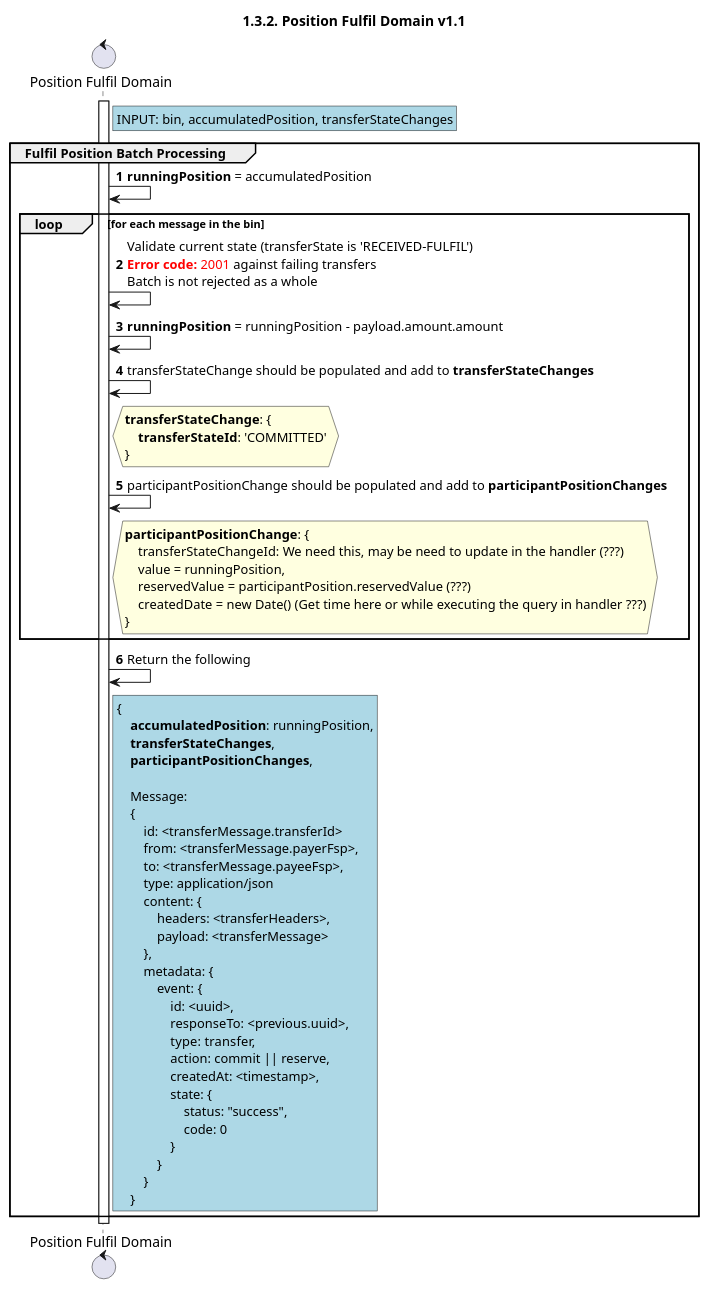
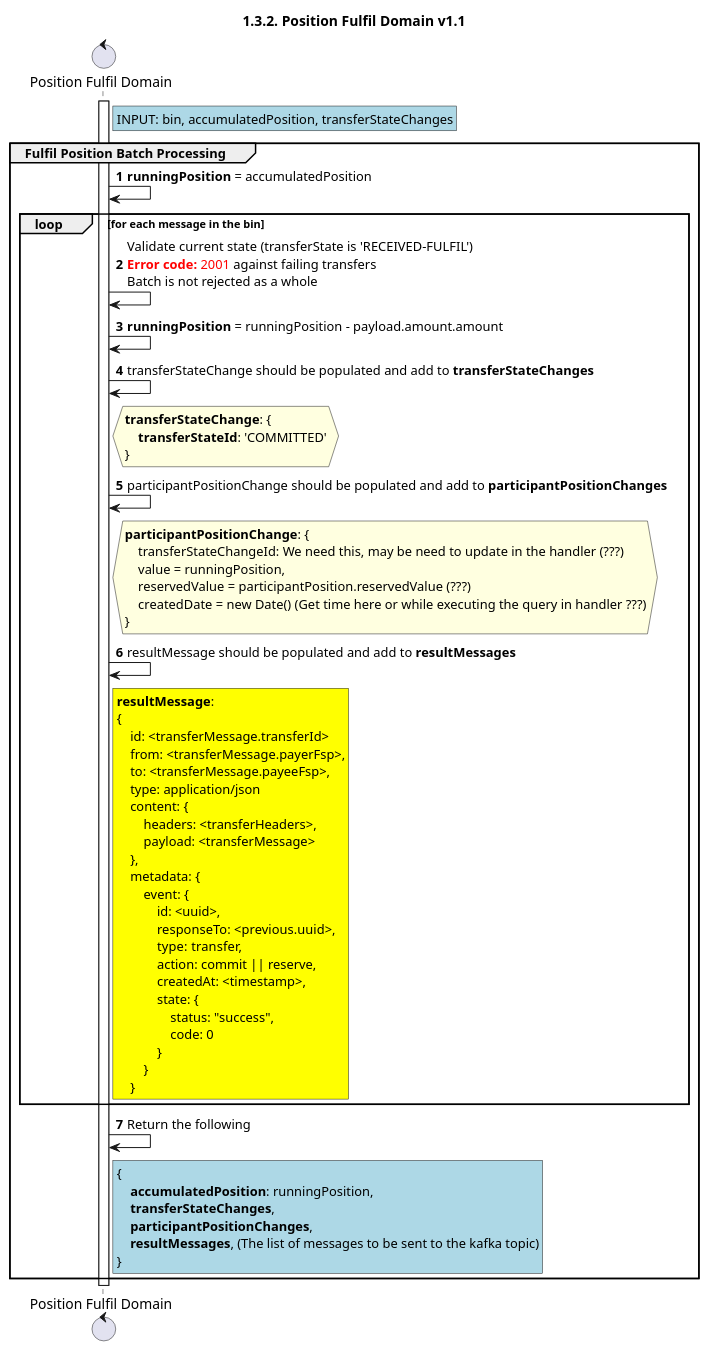
The diagram in docs/technical/central-ledger/assets/diagrams/sequence/seq-position-1.3.4-fulfil-v1.1-domain.plantuml (mojaloop/documentation), drawn with PlantUML before and after one commit. The commit also changed 10 other files, not shown here.

Commit message:
feat: updated seq diagrams

```diff
--- a/docs/technical/central-ledger/assets/diagrams/sequence/seq-position-1.3.4-fulfil-v1.1-domain.plantuml
+++ b/docs/technical/central-ledger/assets/diagrams/sequence/seq-position-1.3.4-fulfil-v1.1-domain.plantuml
@@ -28,78 +28,81 @@
 @startuml
 ' declate title
 title 1.3.2. Position Fulfil Domain v1.1
 
 autonumber
 
 ' Actor Keys:
 '   boundary - APIs/Interfaces, etc
 '   collections - Kafka Topics
 '   control - Kafka Consumers
 '   entity - Database Access Objects
 '   database - Database Persistence Store
 
 ' declare actors
 control "Position Fulfil Domain" as DOMAIN_POSITION_FULFIL
 
 
 ' start flow
 activate DOMAIN_POSITION_FULFIL
 rnote right of DOMAIN_POSITION_FULFIL #lightblue
     INPUT: bin, accumulatedPosition, transferStateChanges
 end note
 group Fulfil Position Batch Processing
     DOMAIN_POSITION_FULFIL -> DOMAIN_POSITION_FULFIL: **runningPosition** = accumulatedPosition
     loop for each message in the bin
         DOMAIN_POSITION_FULFIL -> DOMAIN_POSITION_FULFIL: Validate current state (transferState is 'RECEIVED-FULFIL')\n<color #FF0000><b>Error code:</b> 2001</color> against failing transfers\nBatch is not rejected as a whole
         DOMAIN_POSITION_FULFIL -> DOMAIN_POSITION_FULFIL: **runningPosition** = runningPosition - payload.amount.amount
         DOMAIN_POSITION_FULFIL -> DOMAIN_POSITION_FULFIL: transferStateChange should be populated and add to **transferStateChanges**
         hnote right of DOMAIN_POSITION_FULFIL #lightyellow
             **transferStateChange**: {
                 **transferStateId**: 'COMMITTED'
             }
         end note
         DOMAIN_POSITION_FULFIL -> DOMAIN_POSITION_FULFIL: participantPositionChange should be populated and add to **participantPositionChanges**
         hnote right of DOMAIN_POSITION_FULFIL #lightyellow
             **participantPositionChange**: {
                 transferStateChangeId: We need this, may be need to update in the handler (???)
                 value = runningPosition,
                 reservedValue = participantPosition.reservedValue (???)
                 createdDate = new Date() (Get time here or while executing the query in handler ???)
             }
         end note
+        DOMAIN_POSITION_FULFIL -> DOMAIN_POSITION_FULFIL: resultMessage should be populated and add to **resultMessages**
+        rnote right of DOMAIN_POSITION_FULFIL #yellow
+            **resultMessage**:
+            {
+                id: <transferMessage.transferId>
+                from: <transferMessage.payerFsp>,
+                to: <transferMessage.payeeFsp>,
+                type: application/json
+                content: {
+                    headers: <transferHeaders>,
+                    payload: <transferMessage>
+                },
+                metadata: {
+                    event: {
+                        id: <uuid>,
+                        responseTo: <previous.uuid>,
+                        type: transfer,
+                        action: commit || reserve,
+                        createdAt: <timestamp>,
+                        state: {
+                            status: "success",
+                            code: 0
+                        }
+                    }
+                }
+            end note
     end
     DOMAIN_POSITION_FULFIL -> DOMAIN_POSITION_FULFIL: Return the following
     rnote right of DOMAIN_POSITION_FULFIL #lightblue
     {
         **accumulatedPosition**: runningPosition,
         **transferStateChanges**,
         **participantPositionChanges**,
-
-        Message:
-        {
-            id: <transferMessage.transferId>
-            from: <transferMessage.payerFsp>,
-            to: <transferMessage.payeeFsp>,
-            type: application/json
-            content: {
-                headers: <transferHeaders>,
-                payload: <transferMessage>
-            },
-            metadata: {
-                event: {
-                    id: <uuid>,
-                    responseTo: <previous.uuid>,
-                    type: transfer,
-                    action: commit || reserve,
-                    createdAt: <timestamp>,
-                    state: {
-                        status: "success",
-                        code: 0
-                    }
-                }
-            }
-        }
+        **resultMessages**, (The list of messages to be sent to the kafka topic)
+    }
     end note
 end
 deactivate DOMAIN_POSITION_FULFIL
 @enduml
```
